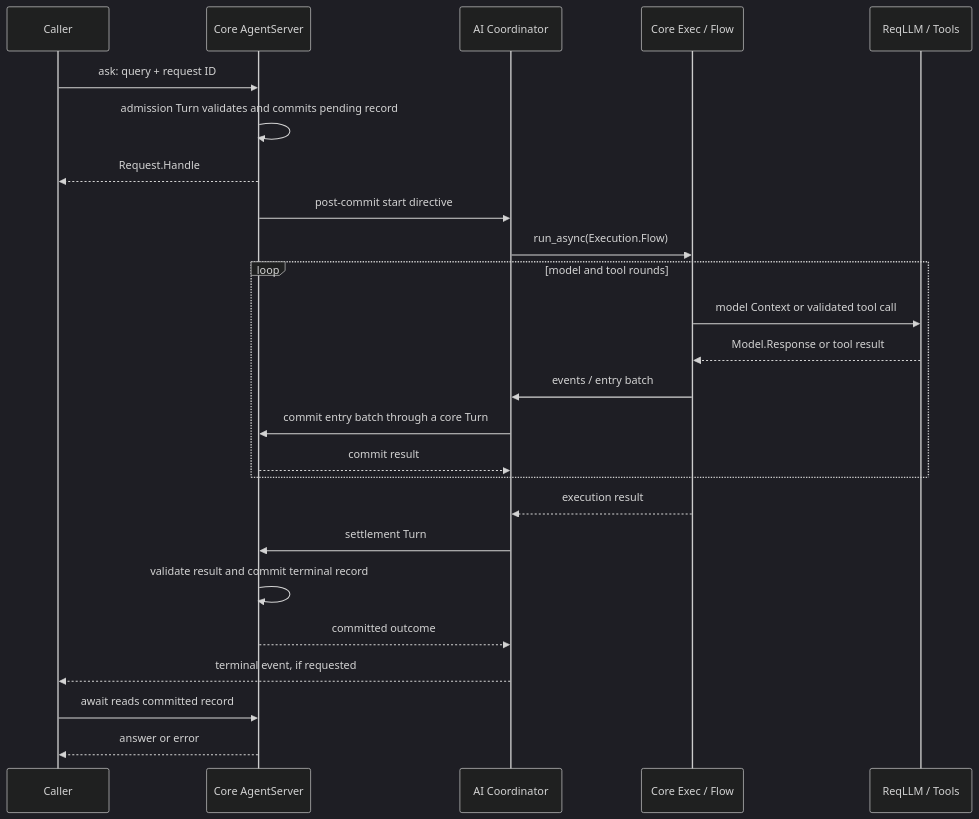
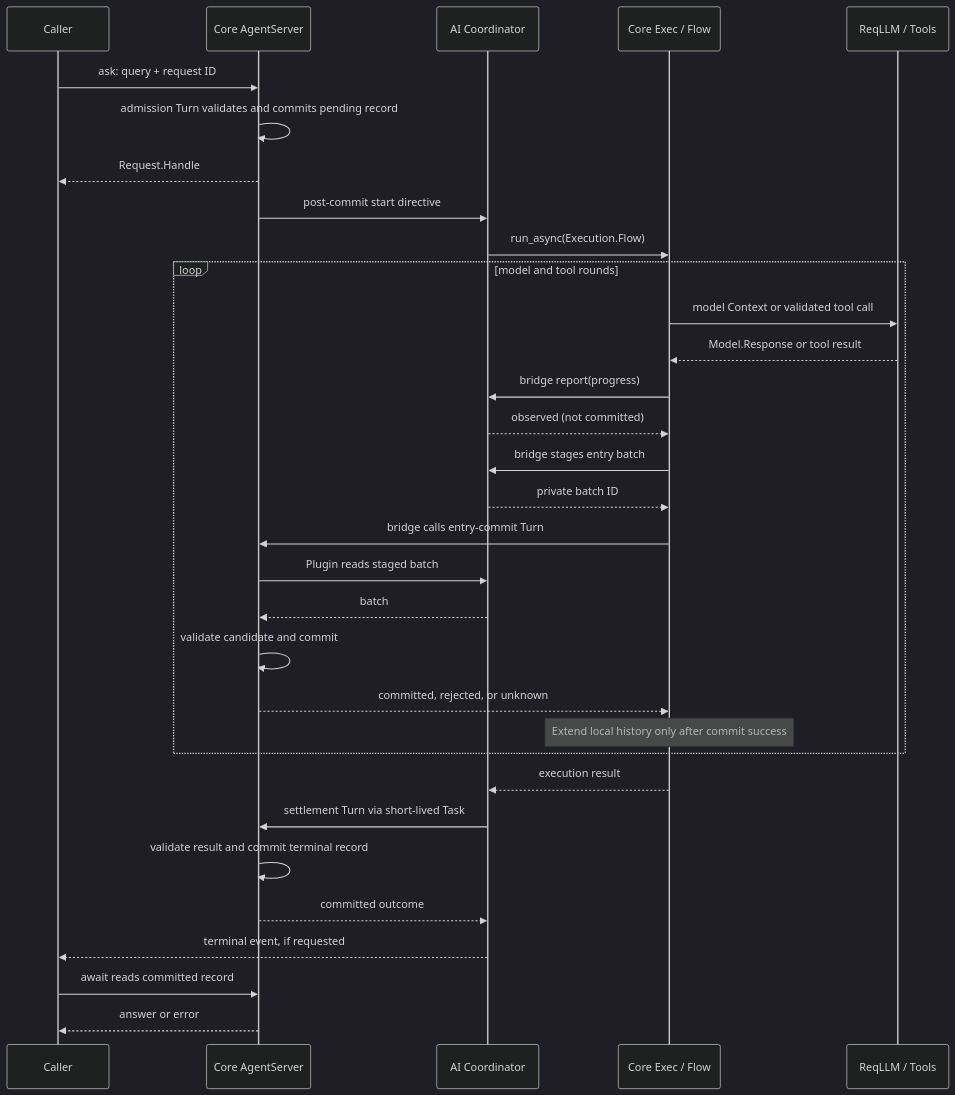
The diagram in docs/design/ARCHITECTURE.md (agentjido/jido_ai), drawn with Mermaid (dark theme) before and after one commit. The commit also changed other lines of this file and 7 other files, not shown here.

Commit message:
docs(architecture): record execution bridge boundaries and verification

````diff
--- a/docs/design/ARCHITECTURE.md
+++ b/docs/design/ARCHITECTURE.md
@@ -140,27 +142,34 @@
 ```mermaid
 sequenceDiagram
     participant Caller
     participant Server as Core AgentServer
     participant Coordinator as AI Coordinator
     participant Exec as Core Exec / Flow
     participant Provider as ReqLLM / Tools
     Caller->>Server: ask: query + request ID
     Server->>Server: admission Turn validates and commits pending record
     Server-->>Caller: Request.Handle
     Server->>Coordinator: post-commit start directive
     Coordinator->>Exec: run_async(Execution.Flow)
     loop model and tool rounds
       Exec->>Provider: model Context or validated tool call
       Provider-->>Exec: Model.Response or tool result
-      Exec->>Coordinator: events / entry batch
-      Coordinator->>Server: commit entry batch through a core Turn
-      Server-->>Coordinator: commit result
+      Exec->>Coordinator: bridge report(progress)
+      Coordinator-->>Exec: observed (not committed)
+      Exec->>Coordinator: bridge stages entry batch
+      Coordinator-->>Exec: private batch ID
+      Exec->>Server: bridge calls entry-commit Turn
+      Server->>Coordinator: Plugin reads staged batch
+      Coordinator-->>Server: batch
+      Server->>Server: validate candidate and commit
+      Server-->>Exec: committed, rejected, or unknown
+      Note over Exec: Extend local history only after commit success
     end
     Exec-->>Coordinator: execution result
-    Coordinator->>Server: settlement Turn
+    Coordinator->>Server: settlement Turn via short-lived Task
     Server->>Server: validate result and commit terminal record
     Server-->>Coordinator: committed outcome
     Coordinator-->>Caller: terminal event, if requested
     Caller->>Server: await reads committed record
     Server-->>Caller: answer or error
 ```
````
